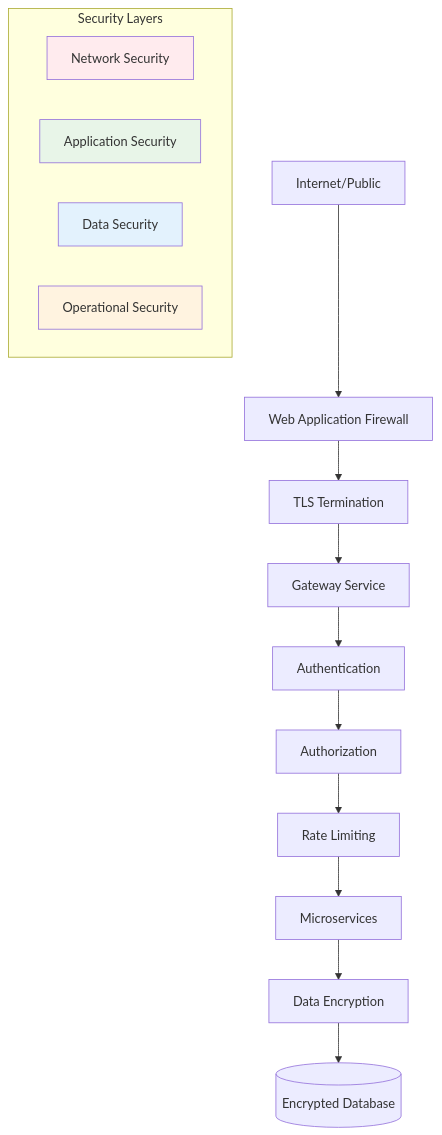
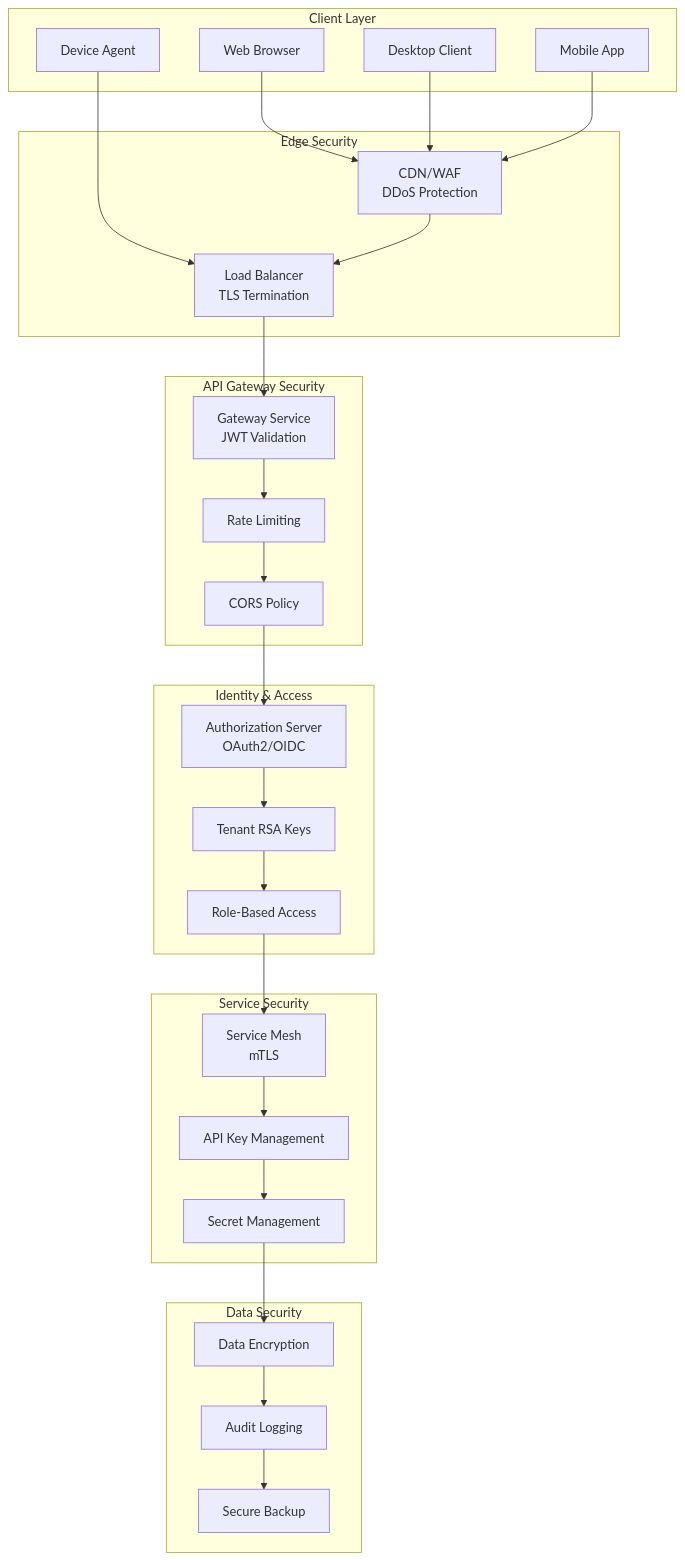
Before and after one commit to Praesto-Pro/openframe-oss-tenant: the first of 2 diagrams in docs/development/security/README.md, drawn with Mermaid. The commit also changed other lines of this file and 344 other files, not shown here.

````diff
--- a/docs/development/security/README.md
+++ b/docs/development/security/README.md
@@ -9,26 +7,60 @@
 ```mermaid
-flowchart TD
-    Internet[Internet/Public] --> WAF[Web Application Firewall]
-    WAF --> TLS[TLS Termination]
-    TLS --> Gateway[Gateway Service]
-    
-    Gateway --> Auth[Authentication]
-    Auth --> Authz[Authorization]
-    Authz --> RateLimit[Rate Limiting]
-    RateLimit --> Services[Microservices]
-    
-    Services --> Encryption[Data Encryption]
-    Encryption --> Database[(Encrypted Database)]
-    
-    subgraph "Security Layers"
-        NetworkSec[Network Security]
-        AppSec[Application Security]
-        DataSec[Data Security]
-        OperationalSec[Operational Security]
+flowchart TB
+    subgraph "Client Layer"
+        Browser[Web Browser]
+        Desktop[Desktop Client]
+        Mobile[Mobile App]
+        Agent[Device Agent]
     end
     
-    style NetworkSec fill:#ffebee
-    style AppSec fill:#e8f5e8
-    style DataSec fill:#e3f2fd
-    style OperationalSec fill:#fff3e0
+    subgraph "Edge Security"
+        CDN[CDN/WAF<br/>DDoS Protection]
+        LoadBalancer[Load Balancer<br/>TLS Termination]
+    end
+    
+    subgraph "API Gateway Security"
+        Gateway[Gateway Service<br/>JWT Validation]
+        RateLimit[Rate Limiting]
+        CORS[CORS Policy]
+    end
+    
+    subgraph "Identity & Access"
+        AuthServer[Authorization Server<br/>OAuth2/OIDC]
+        TenantKeys[Tenant RSA Keys]
+        RBAC[Role-Based Access]
+    end
+    
+    subgraph "Service Security"
+        ServiceMesh[Service Mesh<br/>mTLS]
+        APIKeys[API Key Management]
+        Secrets[Secret Management]
+    end
+    
+    subgraph "Data Security"
+        Encryption[Data Encryption]
+        Audit[Audit Logging]
+        Backup[Secure Backup]
+    end
+    
+    Browser --> CDN
+    Desktop --> CDN
+    Mobile --> CDN
+    Agent --> LoadBalancer
+    
+    CDN --> LoadBalancer
+    LoadBalancer --> Gateway
+    Gateway --> RateLimit
+    RateLimit --> CORS
+    
+    CORS --> AuthServer
+    AuthServer --> TenantKeys
+    TenantKeys --> RBAC
+    
+    RBAC --> ServiceMesh
+    ServiceMesh --> APIKeys
+    APIKeys --> Secrets
+    
+    Secrets --> Encryption
+    Encryption --> Audit
+    Audit --> Backup
 ```
````
